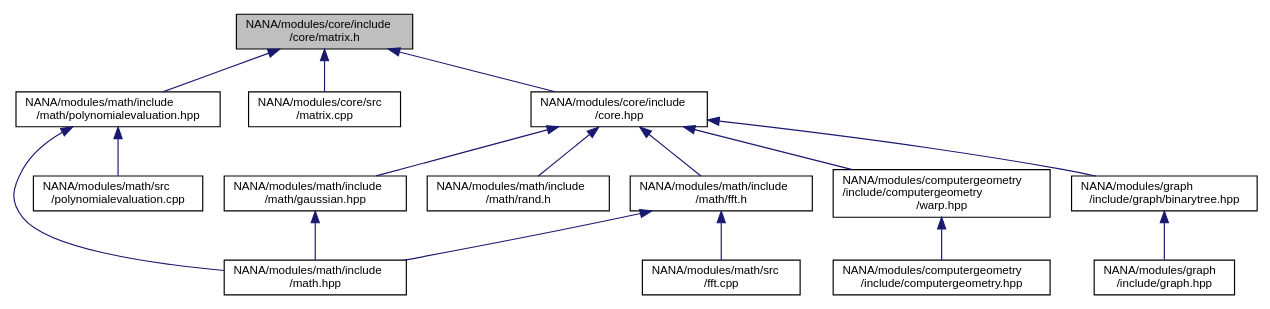
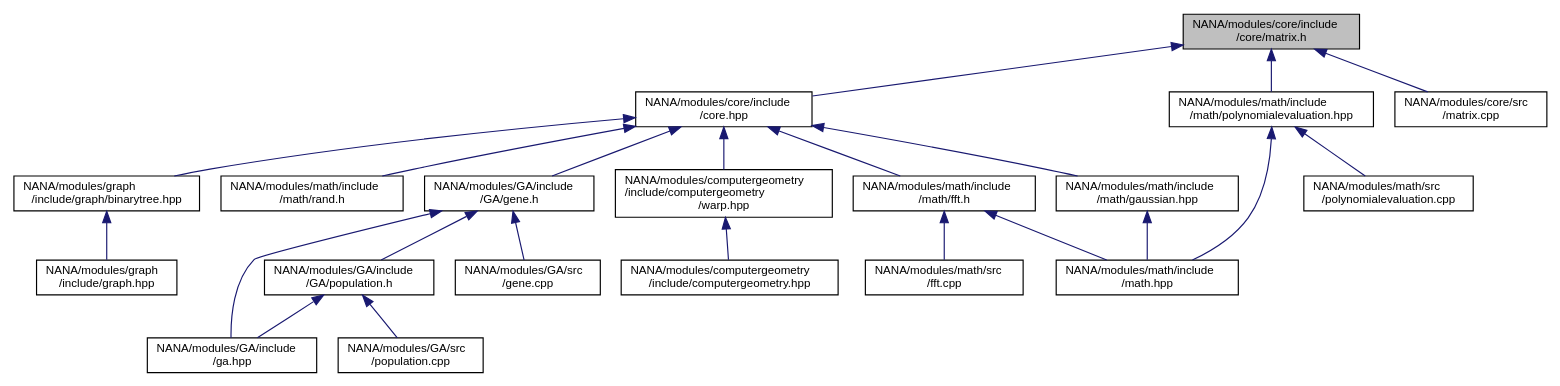
The diagram in docs/matrix_8h__dep__incl.dot (YuruTu/NANA), drawn with Graphviz before and after one commit. The commit also changed 141 other files, not shown here.

```diff
--- a/docs/matrix_8h__dep__incl.dot
+++ b/docs/matrix_8h__dep__incl.dot
@@ -1,35 +1,46 @@
 digraph "NANA/modules/core/include/core/matrix.h"
 {
  // LATEX_PDF_SIZE
   edge [fontname="Helvetica",fontsize="10",labelfontname="Helvetica",labelfontsize="10"];
   node [fontname="Helvetica",fontsize="10",shape=record];
-  Node1 [label="NANA/modules/core/include\l/core/matrix.h",height=0.2,width=0.4,color="black", fillcolor="grey75", style="filled", fontcolor="black",tooltip="简单矩阵类(效率不高，但易于理解，很多时候会触发复制构造函数)，不同于Mat"];
+  Node1 [label="NANA/modules/core/include\l/core/matrix.h",height=0.2,width=0.4,color="black", fillcolor="grey75", style="filled", fontcolor="black",tooltip="1.简单矩阵类Matrix(效率不高，但易于理解，很多时候会触发复制构造函数)，不同于Mat 2.SpareMatrix 稀疏矩阵 3.CMatrix 复数矩阵"];
   Node1 -> Node2 [dir="back",color="midnightblue",fontsize="10",style="solid",fontname="Helvetica"];
   Node2 [label="NANA/modules/core/include\l/core.hpp",height=0.2,width=0.4,color="black", fillcolor="white", style="filled",URL="$core_8hpp.html",tooltip="包含基本的数据结构等"];
   Node2 -> Node3 [dir="back",color="midnightblue",fontsize="10",style="solid",fontname="Helvetica"];
-  Node3 [label="NANA/modules/computergeometry\l/include/computergeometry\l/warp.hpp",height=0.2,width=0.4,color="black", fillcolor="white", style="filled",URL="$warp_8hpp.html",tooltip="实现点集的仿射变换和透视变换"];
+  Node3 [label="NANA/modules/GA/include\l/GA/gene.h",height=0.2,width=0.4,color="black", fillcolor="white", style="filled",URL="$gene_8h.html",tooltip="实现基因的运算"];
   Node3 -> Node4 [dir="back",color="midnightblue",fontsize="10",style="solid",fontname="Helvetica"];
-  Node4 [label="NANA/modules/computergeometry\l/include/computergeometry.hpp",height=0.2,width=0.4,color="black", fillcolor="white", style="filled",URL="$computergeometry_8hpp.html",tooltip="实现计算机几何的相关功能"];
-  Node2 -> Node5 [dir="back",color="midnightblue",fontsize="10",style="solid",fontname="Helvetica"];
-  Node5 [label="NANA/modules/graph\l/include/graph/binarytree.hpp",height=0.2,width=0.4,color="black", fillcolor="white", style="filled",URL="$binarytree_8hpp.html",tooltip="实现二叉树的模板"];
-  Node5 -> Node6 [dir="back",color="midnightblue",fontsize="10",style="solid",fontname="Helvetica"];
-  Node6 [label="NANA/modules/graph\l/include/graph.hpp",height=0.2,width=0.4,color="black", fillcolor="white", style="filled",URL="$graph_8hpp.html",tooltip="实现图论相关算法"];
-  Node2 -> Node7 [dir="back",color="midnightblue",fontsize="10",style="solid",fontname="Helvetica"];
-  Node7 [label="NANA/modules/math/include\l/math/fft.h",height=0.2,width=0.4,color="black", fillcolor="white", style="filled",URL="$fft_8h.html",tooltip="实现傅里叶变换相关算法"];
-  Node7 -> Node8 [dir="back",color="midnightblue",fontsize="10",style="solid",fontname="Helvetica"];
-  Node8 [label="NANA/modules/math/include\l/math.hpp",height=0.2,width=0.4,color="black", fillcolor="white", style="filled",URL="$math_8hpp.html",tooltip="实现基本的数学运算"];
-  Node7 -> Node9 [dir="back",color="midnightblue",fontsize="10",style="solid",fontname="Helvetica"];
-  Node9 [label="NANA/modules/math/src\l/fft.cpp",height=0.2,width=0.4,color="black", fillcolor="white", style="filled",URL="$fft_8cpp_source.html",tooltip=" "];
+  Node4 [label="NANA/modules/GA/include\l/GA/population.h",height=0.2,width=0.4,color="black", fillcolor="white", style="filled",URL="$population_8h_source.html",tooltip=" "];
+  Node4 -> Node5 [dir="back",color="midnightblue",fontsize="10",style="solid",fontname="Helvetica"];
+  Node5 [label="NANA/modules/GA/include\l/ga.hpp",height=0.2,width=0.4,color="black", fillcolor="white", style="filled",URL="$ga_8hpp_source.html",tooltip=" "];
+  Node4 -> Node6 [dir="back",color="midnightblue",fontsize="10",style="solid",fontname="Helvetica"];
+  Node6 [label="NANA/modules/GA/src\l/population.cpp",height=0.2,width=0.4,color="black", fillcolor="white", style="filled",URL="$population_8cpp_source.html",tooltip=" "];
+  Node3 -> Node5 [dir="back",color="midnightblue",fontsize="10",style="solid",fontname="Helvetica"];
+  Node3 -> Node7 [dir="back",color="midnightblue",fontsize="10",style="solid",fontname="Helvetica"];
+  Node7 [label="NANA/modules/GA/src\l/gene.cpp",height=0.2,width=0.4,color="black", fillcolor="white", style="filled",URL="$gene_8cpp_source.html",tooltip=" "];
+  Node2 -> Node8 [dir="back",color="midnightblue",fontsize="10",style="solid",fontname="Helvetica"];
+  Node8 [label="NANA/modules/computergeometry\l/include/computergeometry\l/warp.hpp",height=0.2,width=0.4,color="black", fillcolor="white", style="filled",URL="$warp_8hpp.html",tooltip="实现点集的仿射变换和透视变换"];
+  Node8 -> Node9 [dir="back",color="midnightblue",fontsize="10",style="solid",fontname="Helvetica"];
+  Node9 [label="NANA/modules/computergeometry\l/include/computergeometry.hpp",height=0.2,width=0.4,color="black", fillcolor="white", style="filled",URL="$computergeometry_8hpp.html",tooltip="实现计算机几何的相关功能"];
   Node2 -> Node10 [dir="back",color="midnightblue",fontsize="10",style="solid",fontname="Helvetica"];
-  Node10 [label="NANA/modules/math/include\l/math/gaussian.hpp",height=0.2,width=0.4,color="black", fillcolor="white", style="filled",URL="$gaussian_8hpp.html",tooltip="实现高斯相关的算法"];
-  Node10 -> Node8 [dir="back",color="midnightblue",fontsize="10",style="solid",fontname="Helvetica"];
-  Node2 -> Node11 [dir="back",color="midnightblue",fontsize="10",style="solid",fontname="Helvetica"];
-  Node11 [label="NANA/modules/math/include\l/math/rand.h",height=0.2,width=0.4,color="black", fillcolor="white", style="filled",URL="$rand_8h_source.html",tooltip=" "];
-  Node1 -> Node12 [dir="back",color="midnightblue",fontsize="10",style="solid",fontname="Helvetica"];
-  Node12 [label="NANA/modules/core/src\l/matrix.cpp",height=0.2,width=0.4,color="black", fillcolor="white", style="filled",URL="$matrix_8cpp.html",tooltip="简单矩阵类的实现"];
-  Node1 -> Node13 [dir="back",color="midnightblue",fontsize="10",style="solid",fontname="Helvetica"];
-  Node13 [label="NANA/modules/math/include\l/math/polynomialevaluation.hpp",height=0.2,width=0.4,color="black", fillcolor="white", style="filled",URL="$polynomialevaluation_8hpp.html",tooltip="实现多项式的求值"];
-  Node13 -> Node8 [dir="back",color="midnightblue",fontsize="10",style="solid",fontname="Helvetica"];
-  Node13 -> Node14 [dir="back",color="midnightblue",fontsize="10",style="solid",fontname="Helvetica"];
-  Node14 [label="NANA/modules/math/src\l/polynomialevaluation.cpp",height=0.2,width=0.4,color="black", fillcolor="white", style="filled",URL="$polynomialevaluation_8cpp_source.html",tooltip=" "];
+  Node10 [label="NANA/modules/graph\l/include/graph/binarytree.hpp",height=0.2,width=0.4,color="black", fillcolor="white", style="filled",URL="$binarytree_8hpp.html",tooltip="实现二叉树的模板"];
+  Node10 -> Node11 [dir="back",color="midnightblue",fontsize="10",style="solid",fontname="Helvetica"];
+  Node11 [label="NANA/modules/graph\l/include/graph.hpp",height=0.2,width=0.4,color="black", fillcolor="white", style="filled",URL="$graph_8hpp.html",tooltip="实现图论相关算法"];
+  Node2 -> Node12 [dir="back",color="midnightblue",fontsize="10",style="solid",fontname="Helvetica"];
+  Node12 [label="NANA/modules/math/include\l/math/fft.h",height=0.2,width=0.4,color="black", fillcolor="white", style="filled",URL="$fft_8h.html",tooltip="实现傅里叶变换相关算法"];
+  Node12 -> Node13 [dir="back",color="midnightblue",fontsize="10",style="solid",fontname="Helvetica"];
+  Node13 [label="NANA/modules/math/include\l/math.hpp",height=0.2,width=0.4,color="black", fillcolor="white", style="filled",URL="$math_8hpp.html",tooltip="实现基本的数学运算"];
+  Node12 -> Node14 [dir="back",color="midnightblue",fontsize="10",style="solid",fontname="Helvetica"];
+  Node14 [label="NANA/modules/math/src\l/fft.cpp",height=0.2,width=0.4,color="black", fillcolor="white", style="filled",URL="$fft_8cpp_source.html",tooltip=" "];
+  Node2 -> Node15 [dir="back",color="midnightblue",fontsize="10",style="solid",fontname="Helvetica"];
+  Node15 [label="NANA/modules/math/include\l/math/gaussian.hpp",height=0.2,width=0.4,color="black", fillcolor="white", style="filled",URL="$gaussian_8hpp.html",tooltip="实现高斯相关的算法"];
+  Node15 -> Node13 [dir="back",color="midnightblue",fontsize="10",style="solid",fontname="Helvetica"];
+  Node2 -> Node16 [dir="back",color="midnightblue",fontsize="10",style="solid",fontname="Helvetica"];
+  Node16 [label="NANA/modules/math/include\l/math/rand.h",height=0.2,width=0.4,color="black", fillcolor="white", style="filled",URL="$rand_8h_source.html",tooltip=" "];
+  Node1 -> Node17 [dir="back",color="midnightblue",fontsize="10",style="solid",fontname="Helvetica"];
+  Node17 [label="NANA/modules/core/src\l/matrix.cpp",height=0.2,width=0.4,color="black", fillcolor="white", style="filled",URL="$matrix_8cpp.html",tooltip="简单矩阵类的实现"];
+  Node1 -> Node18 [dir="back",color="midnightblue",fontsize="10",style="solid",fontname="Helvetica"];
+  Node18 [label="NANA/modules/math/include\l/math/polynomialevaluation.hpp",height=0.2,width=0.4,color="black", fillcolor="white", style="filled",URL="$polynomialevaluation_8hpp.html",tooltip="实现多项式的求值"];
+  Node18 -> Node13 [dir="back",color="midnightblue",fontsize="10",style="solid",fontname="Helvetica"];
+  Node18 -> Node19 [dir="back",color="midnightblue",fontsize="10",style="solid",fontname="Helvetica"];
+  Node19 [label="NANA/modules/math/src\l/polynomialevaluation.cpp",height=0.2,width=0.4,color="black", fillcolor="white", style="filled",URL="$polynomialevaluation_8cpp_source.html",tooltip=" "];
 }
```
